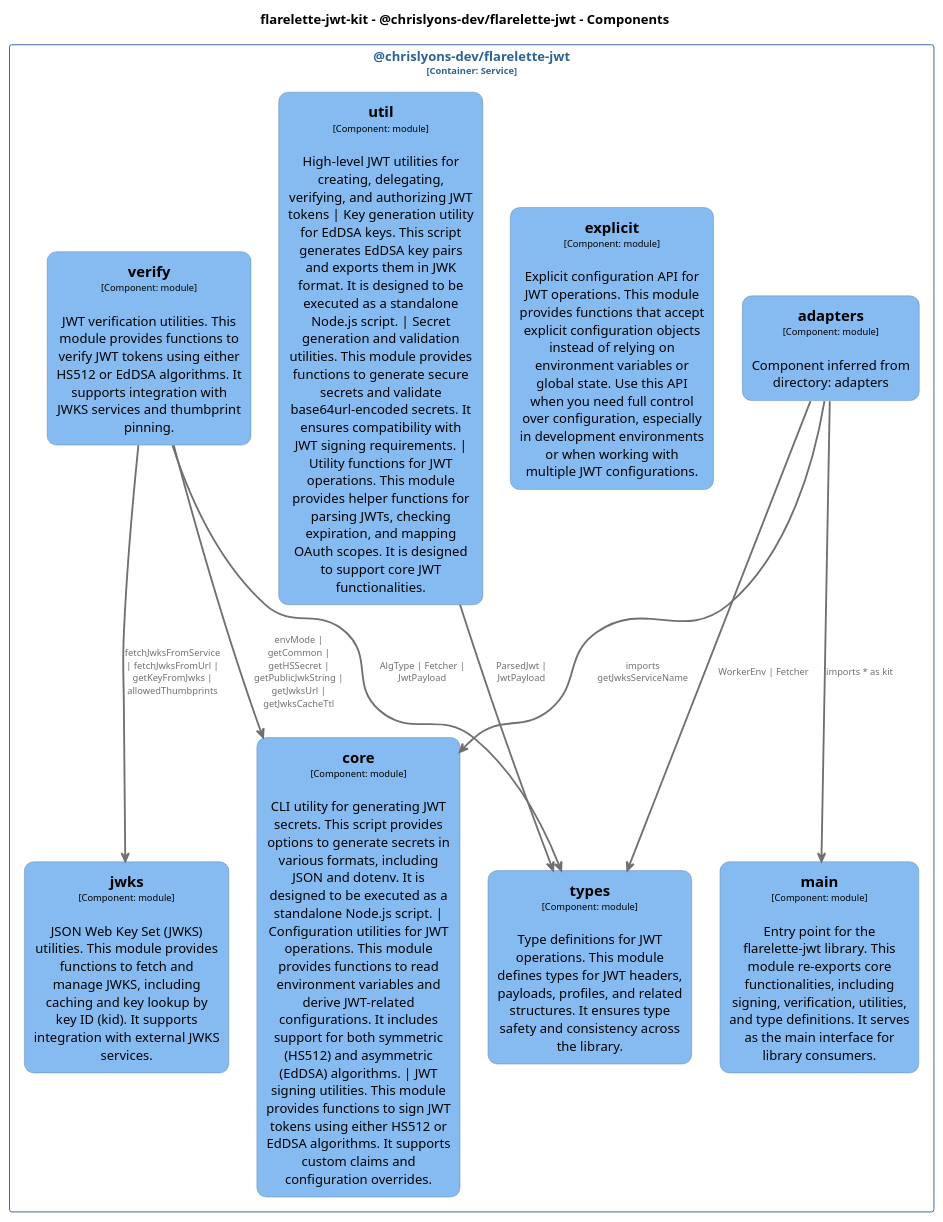
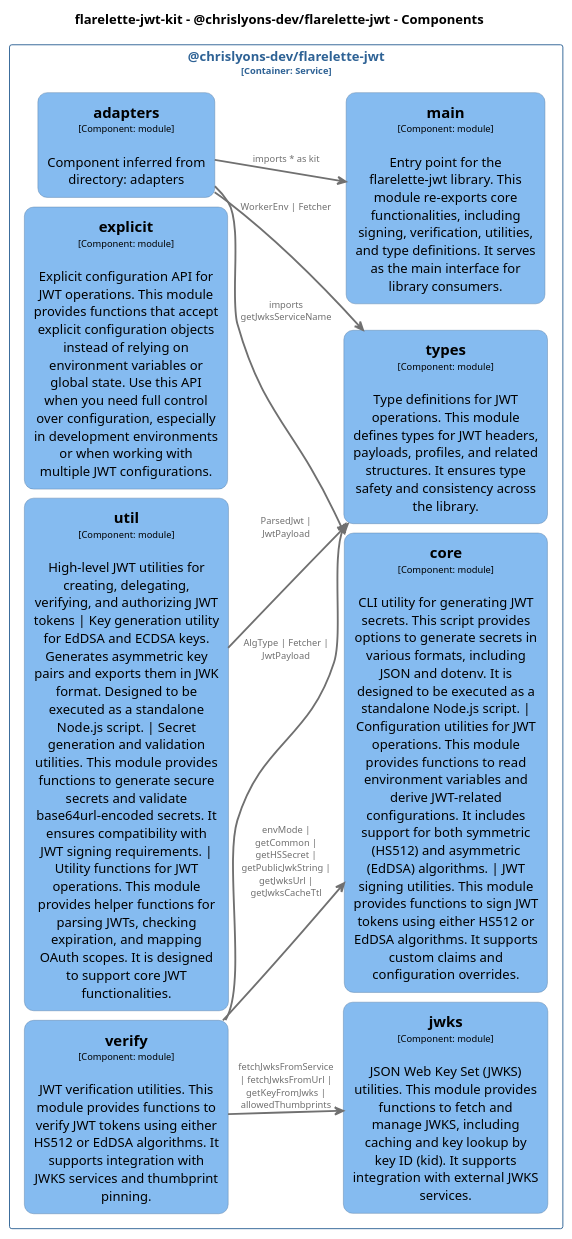
The diagram in docs/architecture/diagrams/plantuml/structurizr-Components__chrislyons_dev_flarelette_jwt.puml (chrislyons-dev/flarelette-jwt-kit), drawn with PlantUML before and after one commit. The commit also changed 118 other files, not shown here.

```diff
--- a/docs/architecture/diagrams/plantuml/structurizr-Components__chrislyons_dev_flarelette_jwt.puml
+++ b/docs/architecture/diagrams/plantuml/structurizr-Components__chrislyons_dev_flarelette_jwt.puml
@@ -1,99 +1,99 @@
 @startuml
 set separator none
 title flarelette-jwt-kit - @chrislyons-dev/flarelette-jwt - Components
 
-top to bottom direction
-skinparam ranksep 60
-skinparam nodesep 30
+left to right direction
+skinparam ranksep 20
+skinparam nodesep 10
 
 skinparam {
   arrowFontSize 10
   defaultTextAlignment center
   wrapWidth 200
   maxMessageSize 100
   defaultFontName "Arial"
 }
 
 hide stereotype
 
 skinparam rectangle<<flarelettejwtkit.chrislyonsdevflarelettejwt.adapters>> {
   BackgroundColor #85bbf0
   FontColor #000000
   BorderColor #5d82a8
   roundCorner 20
   shadowing false
 }
 skinparam rectangle<<flarelettejwtkit.chrislyonsdevflarelettejwt.core>> {
   BackgroundColor #85bbf0
   FontColor #000000
   BorderColor #5d82a8
   roundCorner 20
   shadowing false
 }
 skinparam rectangle<<flarelettejwtkit.chrislyonsdevflarelettejwt.explicit>> {
   BackgroundColor #85bbf0
   FontColor #000000
   BorderColor #5d82a8
   roundCorner 20
   shadowing false
 }
 skinparam rectangle<<flarelettejwtkit.chrislyonsdevflarelettejwt.jwks>> {
   BackgroundColor #85bbf0
   FontColor #000000
   BorderColor #5d82a8
   roundCorner 20
   shadowing false
 }
 skinparam rectangle<<flarelettejwtkit.chrislyonsdevflarelettejwt.main>> {
   BackgroundColor #85bbf0
   FontColor #000000
   BorderColor #5d82a8
   roundCorner 20
   shadowing false
 }
 skinparam rectangle<<flarelettejwtkit.chrislyonsdevflarelettejwt.types>> {
   BackgroundColor #85bbf0
   FontColor #000000
   BorderColor #5d82a8
   roundCorner 20
   shadowing false
 }
 skinparam rectangle<<flarelettejwtkit.chrislyonsdevflarelettejwt.util>> {
   BackgroundColor #85bbf0
   FontColor #000000
   BorderColor #5d82a8
   roundCorner 20
   shadowing false
 }
 skinparam rectangle<<flarelettejwtkit.chrislyonsdevflarelettejwt.verify>> {
   BackgroundColor #85bbf0
   FontColor #000000
   BorderColor #5d82a8
   roundCorner 20
   shadowing false
 }
 skinparam rectangle<<flarelettejwtkit.chrislyonsdevflarelettejwt>> {
   BorderColor #2e6295
   FontColor #2e6295
   shadowing false
 }
 
 rectangle "@chrislyons-dev/flarelette-jwt\n<size:10>[Container: Service]</size>" <<flarelettejwtkit.chrislyonsdevflarelettejwt>> {
   rectangle "==adapters\n<size:10>[Component: module]</size>\n\nComponent inferred from directory: adapters" <<flarelettejwtkit.chrislyonsdevflarelettejwt.adapters>> as flarelettejwtkit.chrislyonsdevflarelettejwt.adapters
   rectangle "==core\n<size:10>[Component: module]</size>\n\nCLI utility for generating JWT secrets. This script provides options to generate secrets in various formats, including JSON and dotenv. It is designed to be executed as a standalone Node.js script. | Configuration utilities for JWT operations. This module provides functions to read environment variables and derive JWT-related configurations. It includes support for both symmetric (HS512) and asymmetric (EdDSA) algorithms. | JWT signing utilities. This module provides functions to sign JWT tokens using either HS512 or EdDSA algorithms. It supports custom claims and configuration overrides." <<flarelettejwtkit.chrislyonsdevflarelettejwt.core>> as flarelettejwtkit.chrislyonsdevflarelettejwt.core
   rectangle "==explicit\n<size:10>[Component: module]</size>\n\nExplicit configuration API for JWT operations. This module provides functions that accept explicit configuration objects instead of relying on environment variables or global state. Use this API when you need full control over configuration, especially in development environments or when working with multiple JWT configurations." <<flarelettejwtkit.chrislyonsdevflarelettejwt.explicit>> as flarelettejwtkit.chrislyonsdevflarelettejwt.explicit
-  rectangle "==util\n<size:10>[Component: module]</size>\n\nHigh-level JWT utilities for creating, delegating, verifying, and authorizing JWT tokens | Key generation utility for EdDSA keys. This script generates EdDSA key pairs and exports them in JWK format. It is designed to be executed as a standalone Node.js script. | Secret generation and validation utilities. This module provides functions to generate secure secrets and validate base64url-encoded secrets. It ensures compatibility with JWT signing requirements. | Utility functions for JWT operations. This module provides helper functions for parsing JWTs, checking expiration, and mapping OAuth scopes. It is designed to support core JWT functionalities." <<flarelettejwtkit.chrislyonsdevflarelettejwt.util>> as flarelettejwtkit.chrislyonsdevflarelettejwt.util
+  rectangle "==util\n<size:10>[Component: module]</size>\n\nHigh-level JWT utilities for creating, delegating, verifying, and authorizing JWT tokens | Key generation utility for EdDSA and ECDSA keys. Generates asymmetric key pairs and exports them in JWK format. Designed to be executed as a standalone Node.js script. | Secret generation and validation utilities. This module provides functions to generate secure secrets and validate base64url-encoded secrets. It ensures compatibility with JWT signing requirements. | Utility functions for JWT operations. This module provides helper functions for parsing JWTs, checking expiration, and mapping OAuth scopes. It is designed to support core JWT functionalities." <<flarelettejwtkit.chrislyonsdevflarelettejwt.util>> as flarelettejwtkit.chrislyonsdevflarelettejwt.util
   rectangle "==main\n<size:10>[Component: module]</size>\n\nEntry point for the flarelette-jwt library. This module re-exports core functionalities, including signing, verification, utilities, and type definitions. It serves as the main interface for library consumers." <<flarelettejwtkit.chrislyonsdevflarelettejwt.main>> as flarelettejwtkit.chrislyonsdevflarelettejwt.main
   rectangle "==jwks\n<size:10>[Component: module]</size>\n\nJSON Web Key Set (JWKS) utilities. This module provides functions to fetch and manage JWKS, including caching and key lookup by key ID (kid). It supports integration with external JWKS services." <<flarelettejwtkit.chrislyonsdevflarelettejwt.jwks>> as flarelettejwtkit.chrislyonsdevflarelettejwt.jwks
   rectangle "==types\n<size:10>[Component: module]</size>\n\nType definitions for JWT operations. This module defines types for JWT headers, payloads, profiles, and related structures. It ensures type safety and consistency across the library." <<flarelettejwtkit.chrislyonsdevflarelettejwt.types>> as flarelettejwtkit.chrislyonsdevflarelettejwt.types
   rectangle "==verify\n<size:10>[Component: module]</size>\n\nJWT verification utilities. This module provides functions to verify JWT tokens using either HS512 or EdDSA algorithms. It supports integration with JWKS services and thumbprint pinning." <<flarelettejwtkit.chrislyonsdevflarelettejwt.verify>> as flarelettejwtkit.chrislyonsdevflarelettejwt.verify
 }
 
 flarelettejwtkit.chrislyonsdevflarelettejwt.util -[#707070,thickness=2]-> flarelettejwtkit.chrislyonsdevflarelettejwt.types : "<color:#707070>ParsedJwt | JwtPayload"
 flarelettejwtkit.chrislyonsdevflarelettejwt.verify -[#707070,thickness=2]-> flarelettejwtkit.chrislyonsdevflarelettejwt.core : "<color:#707070>envMode | getCommon | getHSSecret | getPublicJwkString | getJwksUrl | getJwksCacheTtl"
 flarelettejwtkit.chrislyonsdevflarelettejwt.verify -[#707070,thickness=2]-> flarelettejwtkit.chrislyonsdevflarelettejwt.jwks : "<color:#707070>fetchJwksFromService | fetchJwksFromUrl | getKeyFromJwks | allowedThumbprints"
 flarelettejwtkit.chrislyonsdevflarelettejwt.verify -[#707070,thickness=2]-> flarelettejwtkit.chrislyonsdevflarelettejwt.types : "<color:#707070>AlgType | Fetcher | JwtPayload"
 flarelettejwtkit.chrislyonsdevflarelettejwt.adapters -[#707070,thickness=2]-> flarelettejwtkit.chrislyonsdevflarelettejwt.main : "<color:#707070>imports * as kit"
 flarelettejwtkit.chrislyonsdevflarelettejwt.adapters -[#707070,thickness=2]-> flarelettejwtkit.chrislyonsdevflarelettejwt.core : "<color:#707070>imports getJwksServiceName"
 flarelettejwtkit.chrislyonsdevflarelettejwt.adapters -[#707070,thickness=2]-> flarelettejwtkit.chrislyonsdevflarelettejwt.types : "<color:#707070>WorkerEnv | Fetcher"
 @enduml
```
